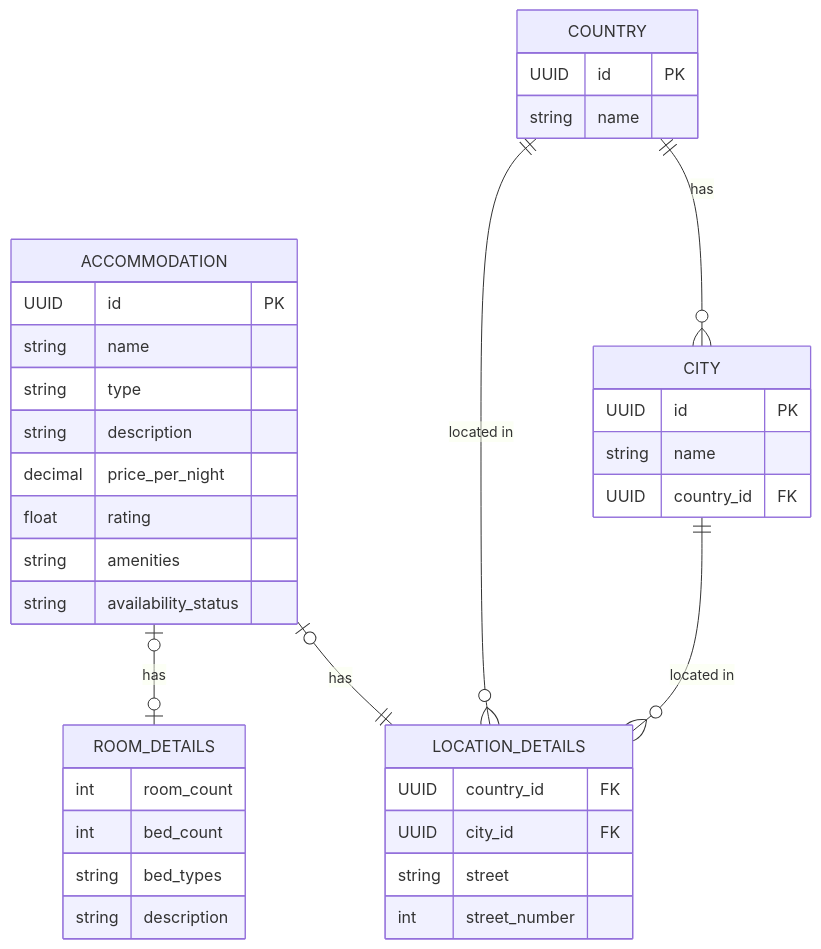
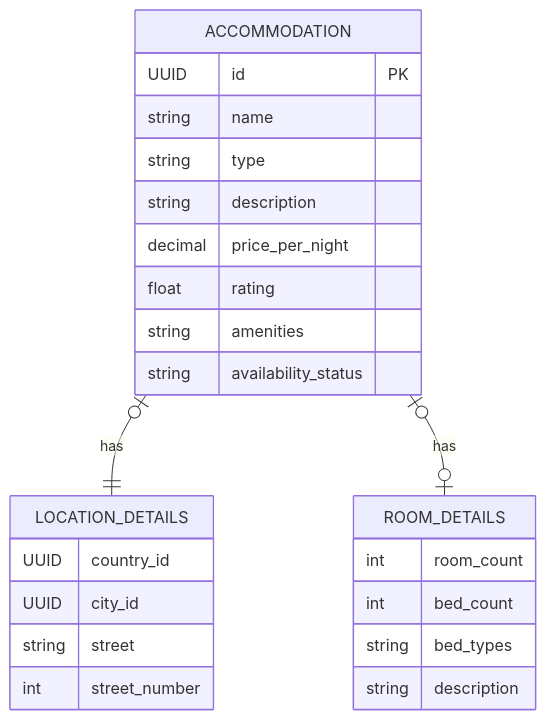
One commit to JulianKirk/TripGenie changed the diagram in student-2/docs/object-model.md. Above: the diagram before and after it, drawn with Mermaid. The commit also changed other lines of this file and 72 other files, not shown here.

````diff
--- a/student-2/docs/object-model.md
+++ b/student-2/docs/object-model.md
@@ -105,44 +107,30 @@
 ```mermaid
 erDiagram
     ACCOMMODATION |o--|| LOCATION_DETAILS : has
     ACCOMMODATION |o--o| ROOM_DETAILS : has
-    COUNTRY ||--o{ CITY : has
-    COUNTRY ||--o{ LOCATION_DETAILS : "located in"
-    CITY ||--o{ LOCATION_DETAILS : "located in"
 
     ACCOMMODATION {
         UUID id PK
         string name
         string type
         string description
         decimal price_per_night
         float rating
         string amenities
         string availability_status
     }
 
     LOCATION_DETAILS {
-        UUID country_id FK
-        UUID city_id FK
+        UUID country_id
+        UUID city_id
         string street
         int street_number
-    }
-
-    COUNTRY {
-        UUID id PK
-        string name
-    }
-
-    CITY {
-        UUID id PK
-        string name
-        UUID country_id FK
     }
 
     ROOM_DETAILS {
         int room_count
         int bed_count
         string bed_types
         string description
     }
 ```
````
